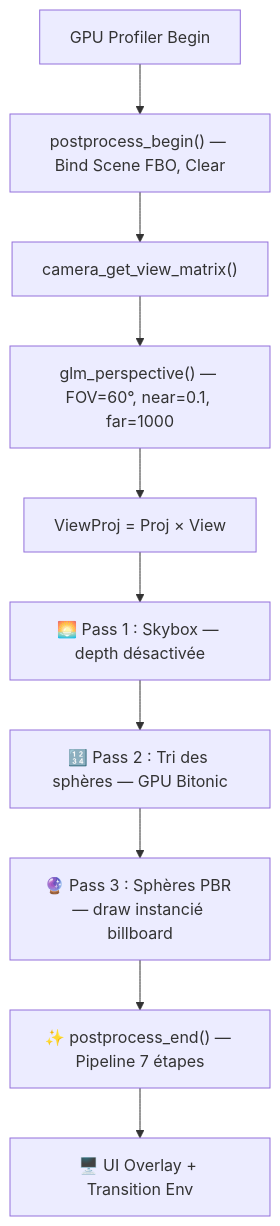
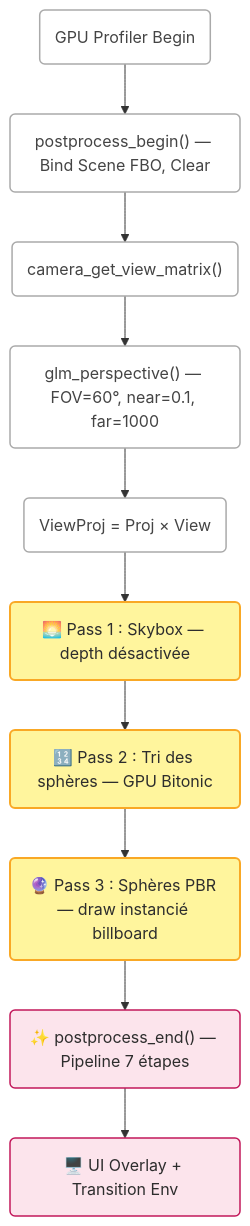
One commit to yoyonel/blog_source changed diagram 14 of 17 in content/suckless-ogl-anatomie-frame.md. Above: the diagram before and after it, drawn with Mermaid. The commit also changed other lines of this file and 4 other files, not shown here.

First line of the commit message:
refactor(mermaid): hand-drawn style + forced light mode for all browsers

```diff
--- a/content/suckless-ogl-anatomie-frame.md
+++ b/content/suckless-ogl-anatomie-frame.md
@@ -680,12 +745,21 @@
 <pre class="mermaid">
 graph TD
-    A["GPU Profiler Begin"] --> B["postprocess_begin() — Bind Scene FBO, Clear"]
-    B --> C["camera_get_view_matrix()"]
-    C --> D["glm_perspective() — FOV=60°, near=0.1, far=1000"]
-    D --> E["ViewProj = Proj × View"]
-    E --> G1["🌅 Pass 1 : Skybox — depth désactivée"]
-    G1 --> G2["🔢 Pass 2 : Tri des sphères — GPU Bitonic"]
-    G2 --> G3["🔮 Pass 3 : Sphères PBR — draw instancié billboard"]
-    G3 --> H["✨ postprocess_end() — Pipeline 7 étapes"]
-    H --> I["🖥️ UI Overlay + Transition Env"]
+    A("GPU Profiler Begin") --> B("postprocess_begin() — Bind Scene FBO, Clear")
+    B --> C("camera_get_view_matrix()")
+    C --> D("glm_perspective() — FOV=60°, near=0.1, far=1000")
+    D --> E("ViewProj = Proj × View")
+    E --> G1("🌅 Pass 1 : Skybox — depth désactivée")
+    G1 --> G2("🔢 Pass 2 : Tri des sphères — GPU Bitonic")
+    G2 --> G3("🔮 Pass 3 : Sphères PBR — draw instancié billboard")
+    G3 --> H("✨ postprocess_end() — Pipeline 7 étapes")
+    H --> I("🖥️ UI Overlay + Transition Env")
+
+    classDef keyFunc fill:#fff59d,stroke:#f9a825,stroke-width:2px,color:#2d2d2d
+    classDef loopNode fill:#e3f2fd,stroke:#42a5f5,stroke-width:1.5px,color:#2d2d2d
+    classDef setup fill:#ffffff,stroke:#aaaaaa,stroke-width:1.5px,color:#444444
+    classDef postfx fill:#fce4ec,stroke:#c2185b,stroke-width:1.5px,color:#2d2d2d
+
+    class G1,G2,G3 keyFunc
+    class A,B,C,D,E setup
+    class H,I postfx
 </pre>
```
